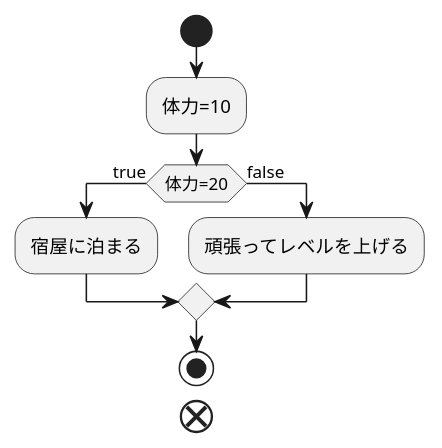
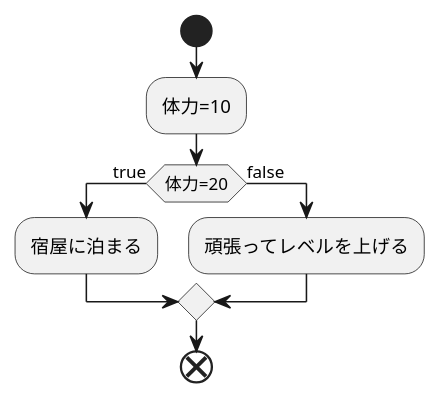
One commit to Aso2001381/2021sys-design changed the diagram in denji.md. Above: the diagram before and after it, drawn with PlantUML.

````diff
--- a/denji.md
+++ b/denji.md
@@ -1,13 +1,12 @@
 ```uml
 @startuml
 start
 :体力=10;
 if(体力=20) then (true)
 :宿屋に泊まる;
 else (false)
 :頑張ってレベルを上げる;
 endif
-stop
 end
 @enduml
 ```
````
